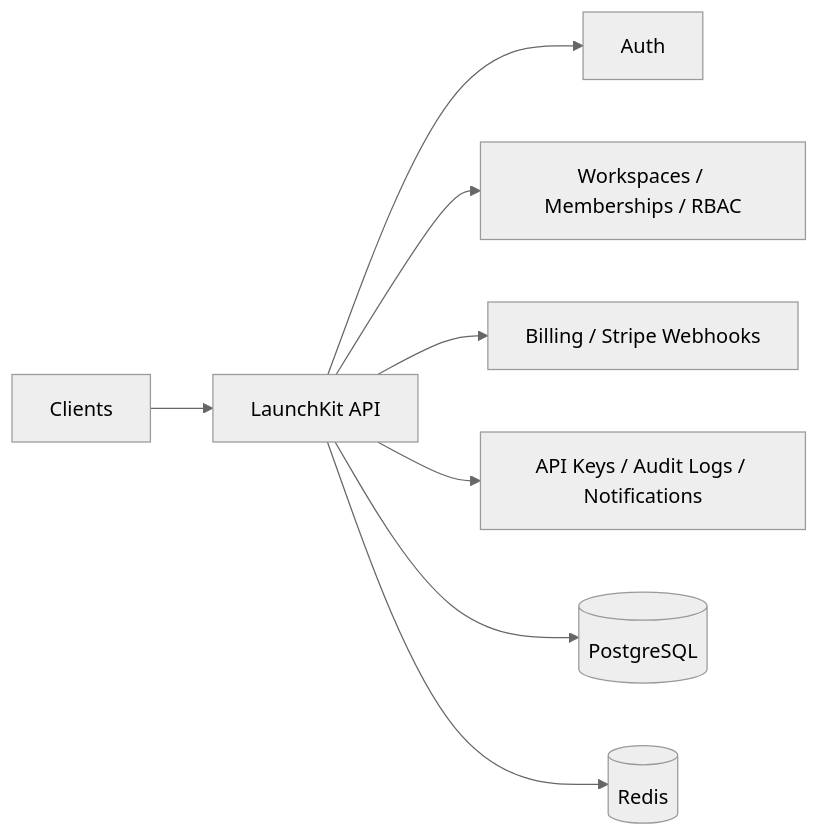
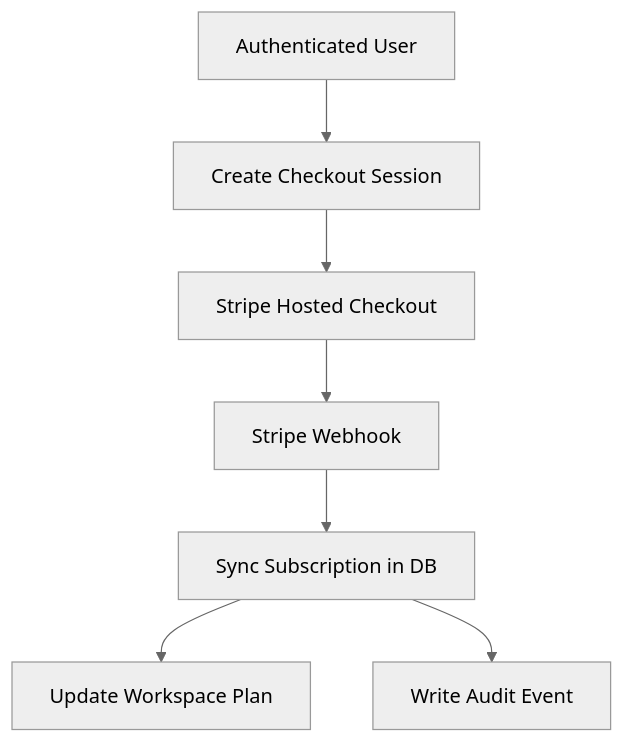
Before and after one commit to ashishssoni/launchkit: the third of 3 diagrams in docs/architecture.md, drawn with Mermaid (neutral theme). The commit also changed other lines of this file and 6 other files, not shown here.

Commit message:
docs: expand architecture documentation with HLD and LLD

````diff
--- a/docs/architecture.md
+++ b/docs/architecture.md
@@ -3,10 +142,9 @@
 ```mermaid
-flowchart LR
-    A[Clients] --> B[LaunchKit API]
-    B --> C[Auth]
-    B --> D[Workspaces / Memberships / RBAC]
-    B --> E[Billing / Stripe Webhooks]
-    B --> F[API Keys / Audit Logs / Notifications]
-    B --> G[(PostgreSQL)]
-    B --> H[(Redis)]
+flowchart TD
+    A[Authenticated User] --> B[Create Checkout Session]
+    B --> C[Stripe Hosted Checkout]
+    C --> D[Stripe Webhook]
+    D --> E[Sync Subscription in DB]
+    E --> F[Update Workspace Plan]
+    E --> G[Write Audit Event]
 ```
````
